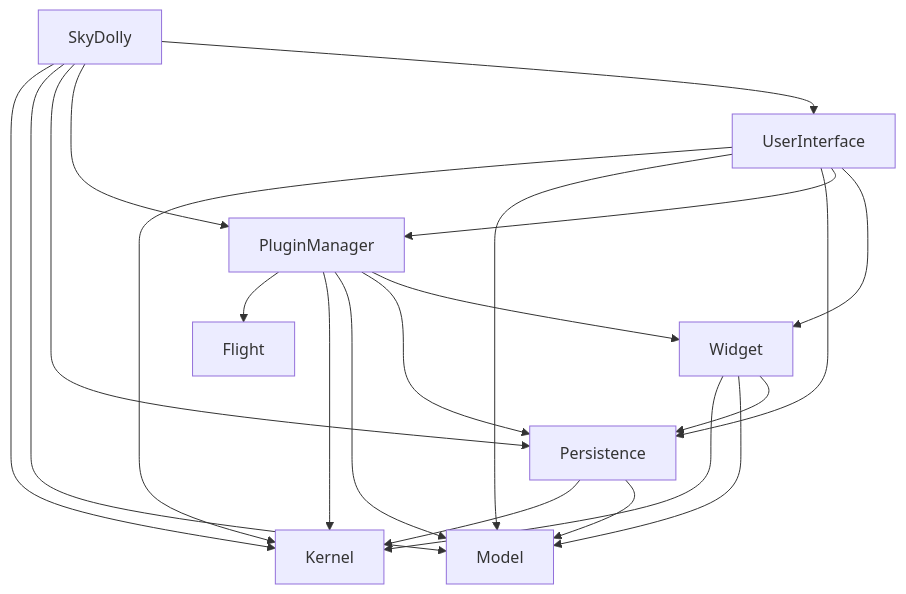
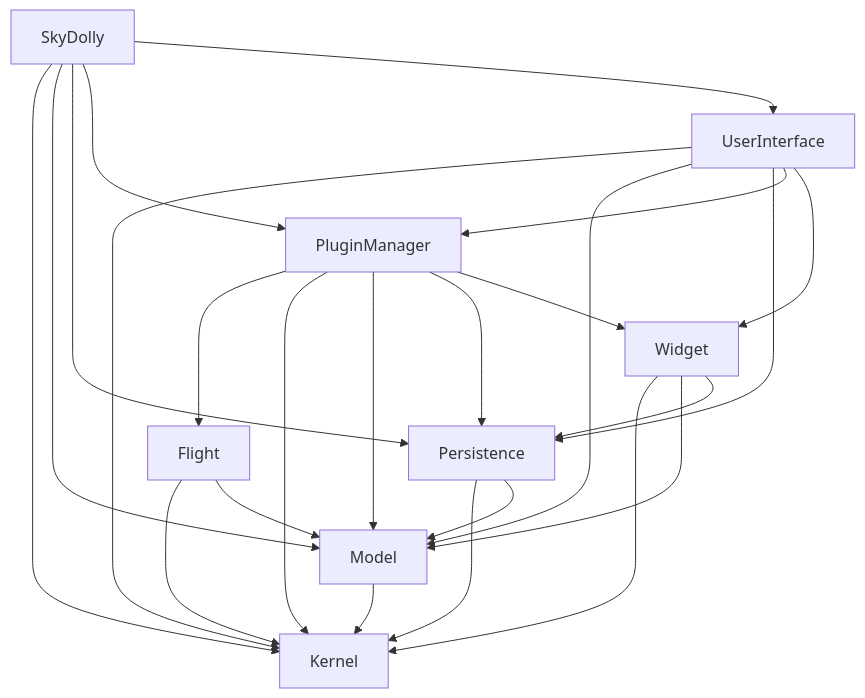
Before and after one commit to till213/SkyDolly: the first of 4 diagrams in doc/Design/Architecture.md, drawn with Mermaid. The commit also changed other lines of this file, not shown here.

````diff
--- a/doc/Design/Architecture.md
+++ b/doc/Design/Architecture.md
@@ -2,23 +5,26 @@
 ```mermaid
   graph TD;
       SkyDolly-->Kernel;
       SkyDolly-->Model;
       SkyDolly-->Persistence;
       SkyDolly-->PluginManager;
       SkyDolly-->UserInterface;
       UserInterface-->Kernel;
       UserInterface-->Model;
       UserInterface-->Persistence;
       UserInterface-->PluginManager;
       UserInterface-->Widget;
       Widget-->Kernel;
       Widget-->Model;
       Widget-->Persistence;
       PluginManager-->Flight;
       PluginManager-->Kernel;
       PluginManager-->Model;
       PluginManager-->Persistence;
       PluginManager-->Widget;
       Persistence-->Kernel;
       Persistence-->Model;
+      Flight-->Kernel;
+      Flight-->Model;
+      Model-->Kernel;
 ```
````
